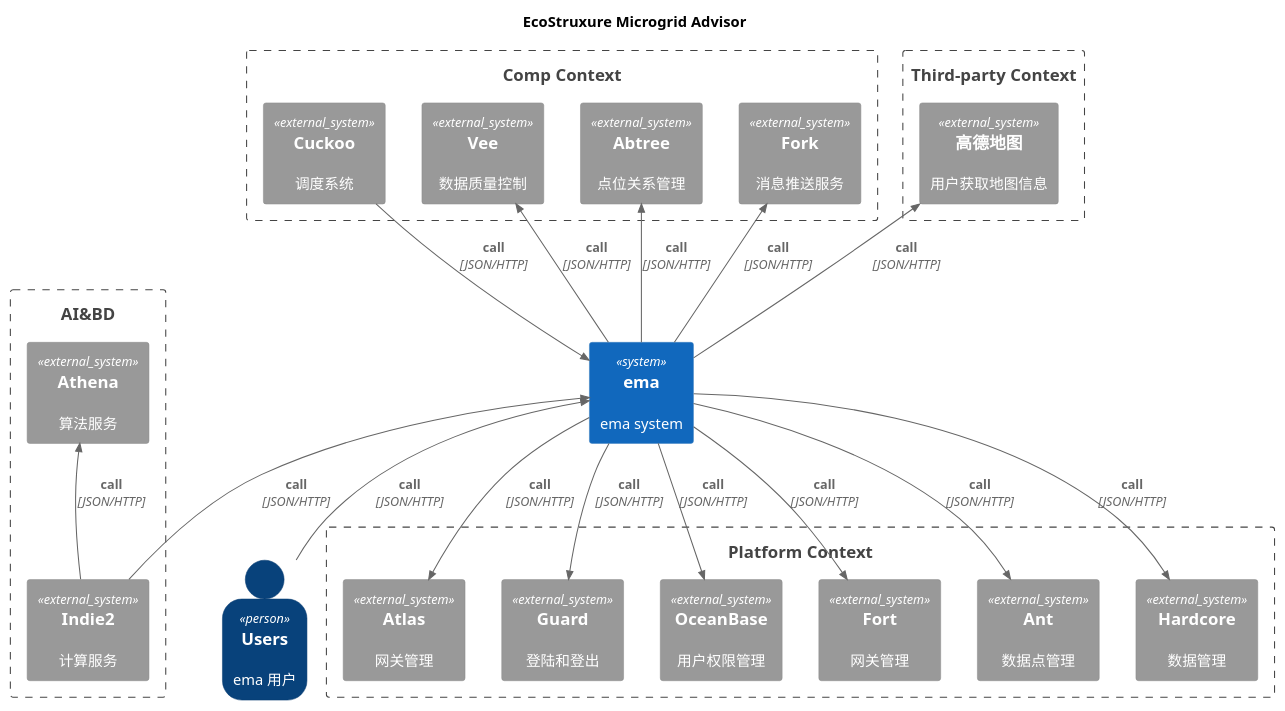
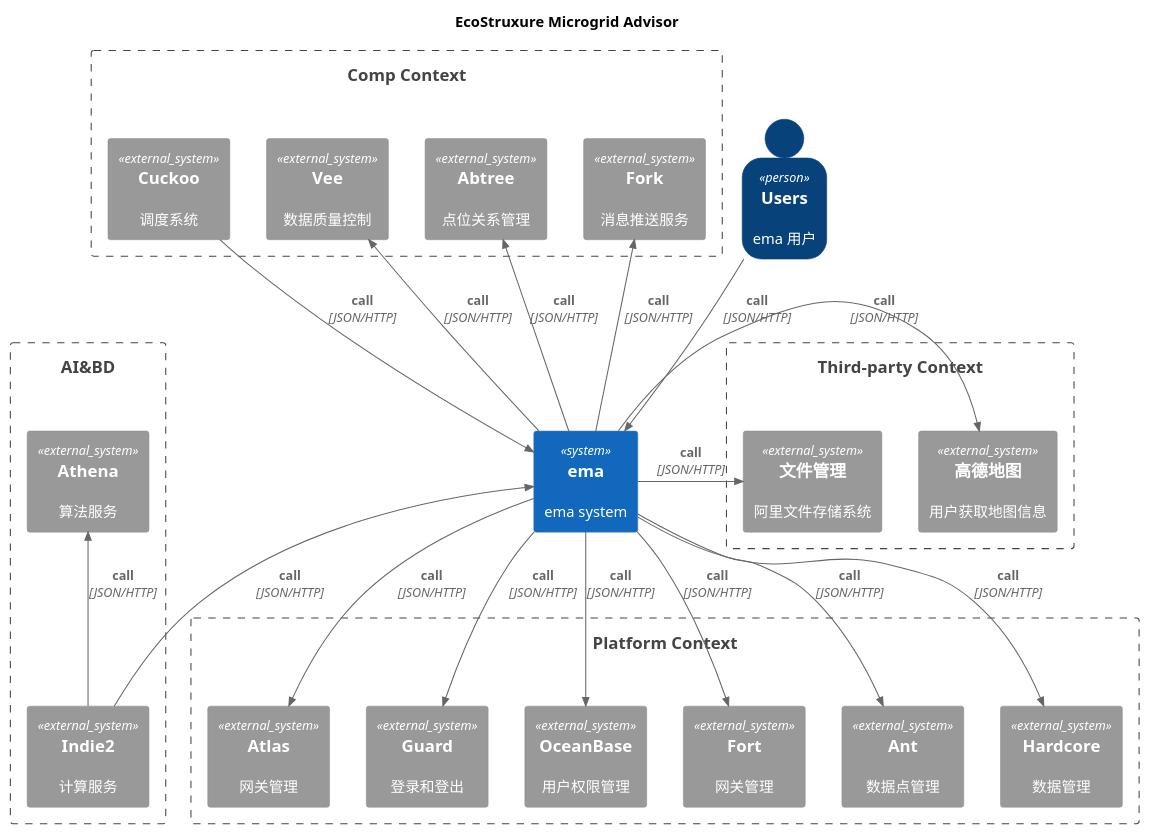
Before and after one commit to 0shuibo/C4-UML: the diagram in c4-ema/ema_system.puml, drawn with PlantUML. The commit also changed 2 other files, not shown here.

Commit message:
提交C4图

```diff
--- a/c4-ema/ema_system.puml
+++ b/c4-ema/ema_system.puml
@@ -1,74 +1,77 @@
 @startuml energy_hub_system
 !include ../C4_Context.puml
 
 LAYOUT_TOP_DOWN()
 SHOW_PERSON_OUTLINE()
 
 title EcoStruxure Microgrid Advisor
 
 Person(customer, Users, "ema 用户")
 
 Boundary(platformSystem, "Platform Context") {
     System_Ext(atlas, "Atlas", "网关管理")
-    System_Ext(guard, "Guard", "登陆和登出")
+    System_Ext(guard, "Guard", "登录和登出")
     System_Ext(oceanBase, "OceanBase", "用户权限管理")
     System_Ext(fort, "Fort", "网关管理")
     System_Ext(ant, "Ant", "数据点管理")
     System_Ext(hardcore, "Hardcore", "数据管理")
 }
 
 System(ema, "ema", "ema system")
 
 Boundary(compSystem, "Comp Context") {
     System_Ext(fork, "Fork", "消息推送服务")
     System_Ext(abtree, "Abtree", "点位关系管理")
     System_Ext(cuckoo, "Cuckoo", "调度系统")
     System_Ext(vee, "Vee", "数据质量控制")
 }
 
 Boundary(compSystem, "common service") {
     System_Ext(fork, "Fork", "消息推送服务")
     System_Ext(abtree, "Abtree", "点位关系管理")
     System_Ext(cuckoo, "Cuckoo", "调度系统")
 }
 
 Boundary(AI&BD, "AI&BD") {
      System_Ext(athena, "Athena", "算法服务")
      System_Ext(indie2, "Indie2", "计算服务")
 }
 
 
-
 Boundary(thirdPartySystem, "Third-party Context") {
     System_Ext(gis, "高德地图", "用户获取地图信息")
+    System_Ext(oss, "文件管理", "阿里文件存储系统")
 }
-Rel_U(customer,ema,"call", "JSON/HTTP")
+
+Rel_D(customer,ema,"call", "JSON/HTTP")
+
 Rel_U(ema,fork,"call", "JSON/HTTP")
 Rel_U(ema,abtree,"call", "JSON/HTTP")
 Rel_U(cuckoo,ema,"call", "JSON/HTTP")
 Rel_U(ema,vee,"call", "JSON/HTTP")
 
-Rel_U(ema,gis,"call", "JSON/HTTP")
+Rel_R(ema,gis,"call", "JSON/HTTP")
+Rel_R(ema,oss,"call", "JSON/HTTP")
 
 Rel_U(indie2,ema,"call", "JSON/HTTP")
 Rel_U(indie2,athena,"call", "JSON/HTTP")
 
 
 Rel_D(ema,atlas,"call", "JSON/HTTP")
 Rel_D(ema,guard,"call", "JSON/HTTP")
 Rel_D(ema,oceanBase,"call", "JSON/HTTP")
 Rel_D(ema,fort,"call", "JSON/HTTP")
 Rel_D(ema,ant,"call", "JSON/HTTP")
 Rel_D(ema,hardcore,"call", "JSON/HTTP")
 
 
 
 
 
 
 
 
 
 
 
 @enduml
```
